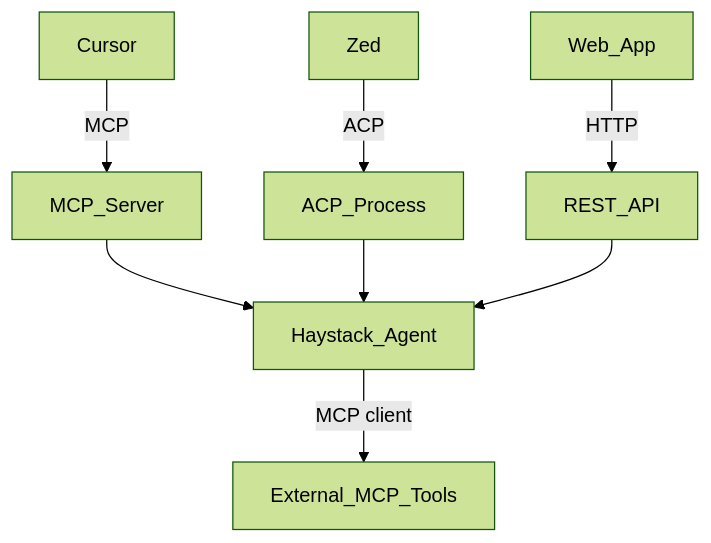
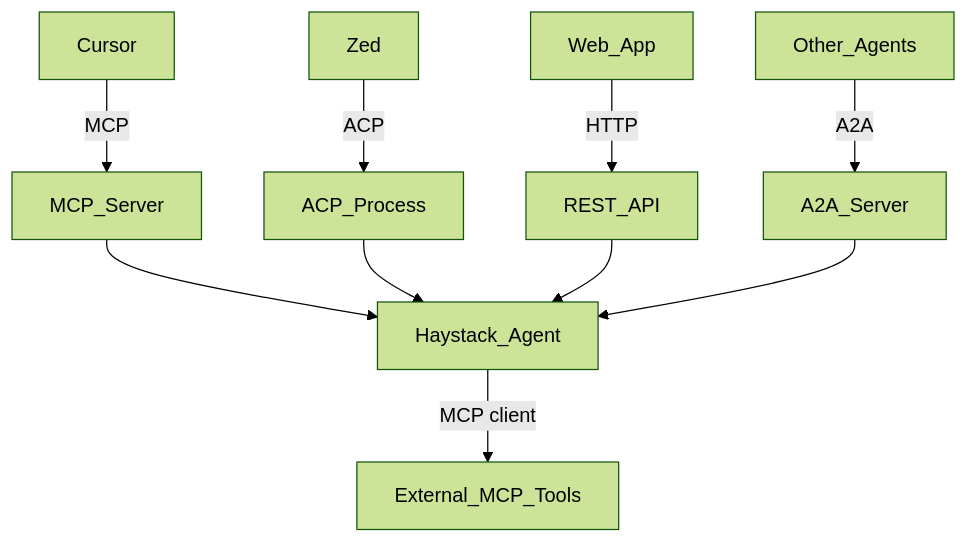
One commit to CodeCubicle-Org/ZaumZeug changed the diagram in docs/architecture/06-runtime-and-protocols.md. Above: the diagram before and after it, drawn with Mermaid (forest theme). The commit also changed other lines of this file and 60 other files, not shown here.

````diff
--- a/docs/architecture/06-runtime-and-protocols.md
+++ b/docs/architecture/06-runtime-and-protocols.md
@@ -165,10 +168,12 @@
 ```mermaid
 flowchart TB
     cursor[Cursor] -->|MCP| mcp_srv[MCP_Server]
     zed[Zed] -->|ACP| acp_srv[ACP_Process]
     web[Web_App] -->|HTTP| rest[REST_API]
+    fleet[Other_Agents] -->|A2A| a2a_srv[A2A_Server]
     mcp_srv --> core[Haystack_Agent]
     acp_srv --> core
     rest --> core
+    a2a_srv --> core
     core -->|MCP client| ext_tools[External_MCP_Tools]
 ```
````
